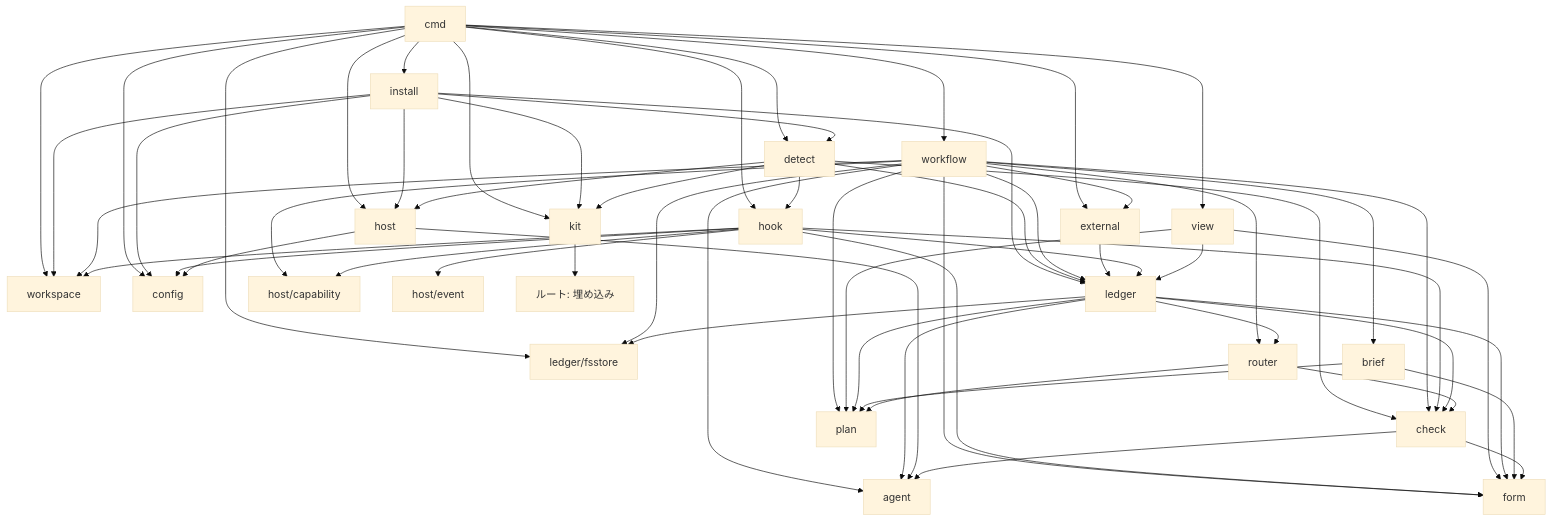
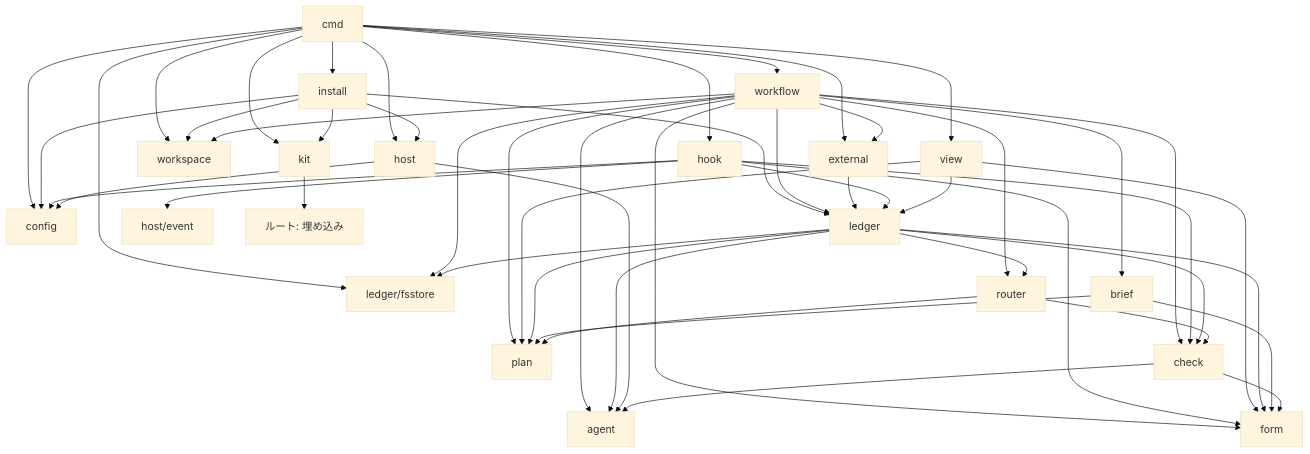
One commit to ildjenty/dev-kit changed the diagram in docs/architecture.md. Above: the diagram before and after it, drawn with Mermaid (base theme). The commit also changed other lines of this file, not shown here.

First line of the commit message:
architecture.md に信頼の前提を明示し、前提に対して過剰だった仕組みを削る

````diff
--- a/docs/architecture.md
+++ b/docs/architecture.md
@@ -262,62 +252,52 @@
 ```mermaid
 graph TD
   cmd --> install
   cmd --> workflow
   cmd --> hook
   cmd --> view
-  cmd --> detect
   cmd --> fsstore[ledger/fsstore]
   cmd --> host
   cmd --> workspace
   cmd --> external
   cmd --> config
   cmd --> kit
   install --> config
   install --> kit
   install --> host
-  install --> detect
   install --> ledger
   install --> workspace
-  detect --> check
-  detect --> hook
-  detect --> host
-  detect --> ledger
-  detect --> kit
   workflow --> plan
   workflow --> brief
   workflow --> check
   workflow --> router
   workflow --> ledger
   workflow --> form
   workflow --> agent
-  workflow --> capability[host/capability]
   workflow --> workspace
   workflow --> external
   workflow --> fsstore
   external --> ledger
   hook --> ledger
   hook --> check
   hook --> config
   hook --> hostevent[host/event]
-  hook --> capability
-  hook --> workspace
   hook --> form
   view --> ledger
   view --> form
   view --> plan
   ledger --> plan
   ledger --> check
   ledger --> router
   ledger --> form
   ledger --> agent
   ledger --> fsstore
   host --> agent
   host --> config
   brief --> plan
   brief --> form
   check --> form
   check --> agent
   router --> plan
   router --> check
   kit --> root[ルート: 埋め込み]
 ```
````
